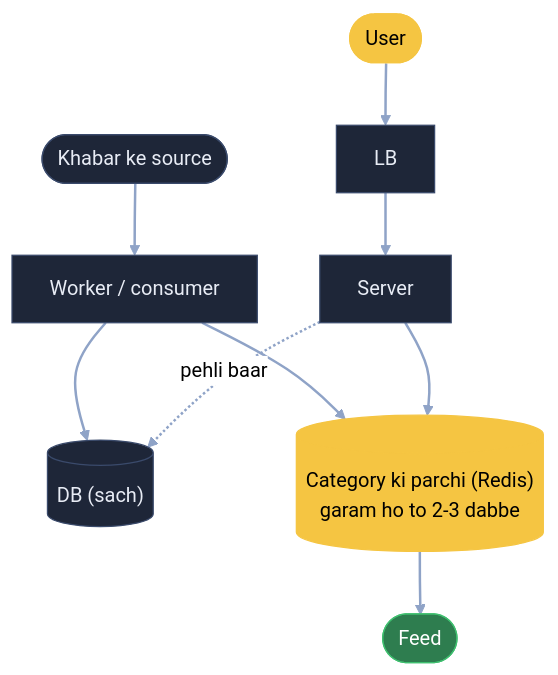
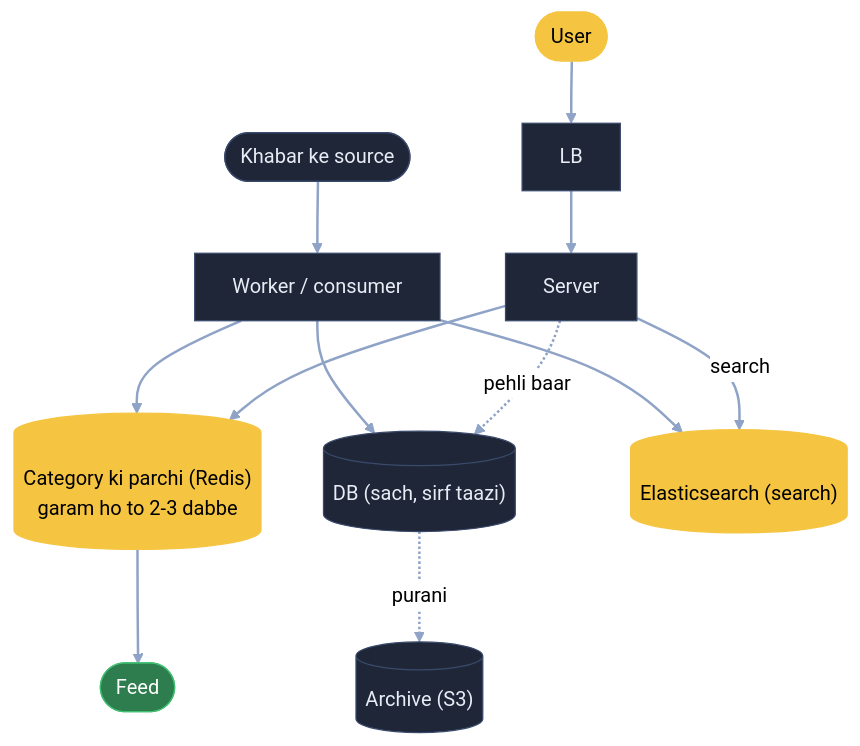
One commit to ArpanMaheshwari144/Prep changed diagram 14 of 14 in 04_HLD/SYSTEM_DESIGNS/08_news_aggregator/08_news_aggregator.md. Above: the diagram before and after it, drawn with Mermaid (neutral theme). The commit also changed other lines of this file and 2 other files, not shown here.

Commit message:
News kadam 12 (raddi: retention + archive) + 13 (Elasticsearch, search peeche), Arpan ke shabd

````diff
--- a/04_HLD/SYSTEM_DESIGNS/08_news_aggregator/08_news_aggregator.md
+++ b/04_HLD/SYSTEM_DESIGNS/08_news_aggregator/08_news_aggregator.md
@@ -411,15 +492,18 @@
 ```mermaid
 flowchart TB
     SRC(["Khabar ke source"]):::card --> W["Worker / consumer"]:::card
-    W --> DB[("DB (sach)")]:::card
+    W --> DB[("DB (sach, sirf taazi)")]:::card
     W --> R[("Category ki parchi (Redis)<br/>garam ho to 2-3 dabbe")]:::pill
+    W --> ES[("Elasticsearch (search)")]:::pill
+    DB -. "purani" .-> AR[("Archive (S3)")]:::card
     U(["User"]):::pill --> LB["LB"]:::card --> S["Server"]:::card
     S --> R
     S -. "pehli baar" .-> DB
+    S -- "search" --> ES
     R --> F(["Feed"]):::good
     linkStyle default stroke:#8fa3c7,stroke-width:2px
     classDef card fill:#1e2638,stroke:#3a4a6b,color:#e8ecf5
     classDef pill fill:#f5c542,stroke:#f5c542,color:#000
     classDef good fill:#2e7d4f,stroke:#3fbf6f,color:#fff
     classDef bad fill:#5c1f24,stroke:#e05561,color:#fff
 ```
````
